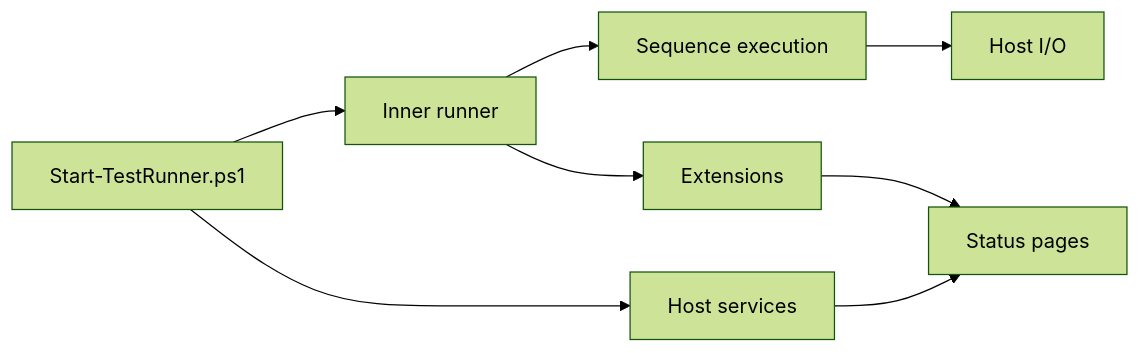
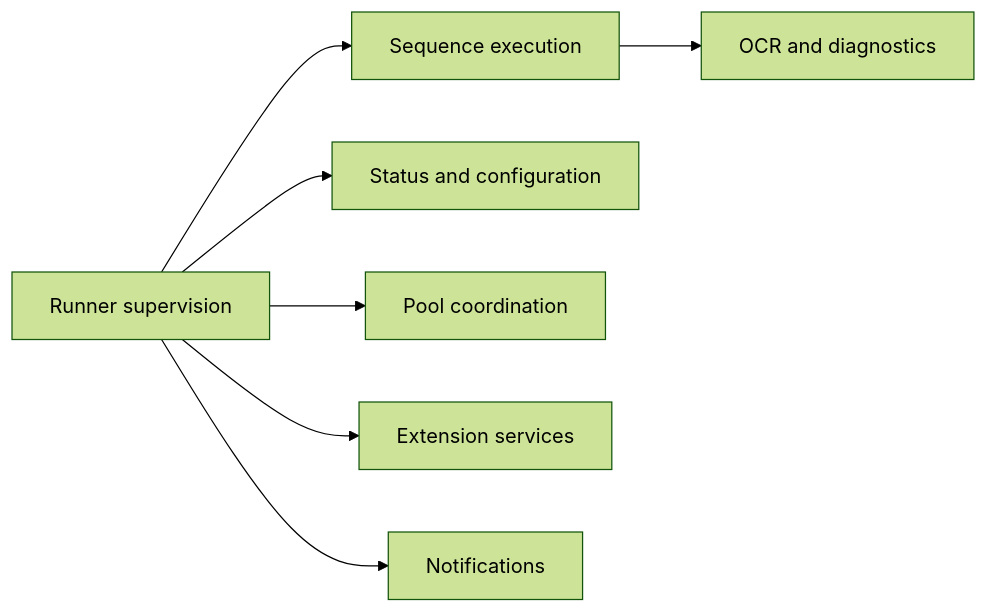
The third of 7 diagrams in docs/design/02-component-breakdown.md (alissonsol/yuruna), drawn with Mermaid (forest theme) before and after one commit. The commit also changed other lines of this file and 1383 other files, not shown here.

````diff
--- a/docs/design/02-component-breakdown.md
+++ b/docs/design/02-component-breakdown.md
@@ -84,17 +85,16 @@
 ```mermaid
 flowchart LR
-    start-test-runner["Start-TestRunner.ps1"]
-    invoke-test-runner-inner-loop["Inner runner"]
-    test-sequence-runner["Sequence execution"]
-    test-host-io["Host I/O"]
-    test-service["Host services"]
-    test-extension["Extensions"]
-    test-status["Status pages"]
-    start-test-runner --> invoke-test-runner-inner-loop
-    start-test-runner --> test-service
-    invoke-test-runner-inner-loop --> test-sequence-runner
-    test-sequence-runner --> test-host-io
-    invoke-test-runner-inner-loop --> test-extension
-    test-service --> test-status
-    test-extension --> test-status
+    start-testrunner-ps1["Runner supervision"]
+    test-sequencerunner-psm1["Sequence execution"]
+    test-ocrengine-psm1["OCR and diagnostics"]
+    start-statusservice-ps1["Status and configuration"]
+    test-pool["Pool coordination"]
+    test-extension["Extension services"]
+    test-notify-psm1["Notifications"]
+    start-testrunner-ps1 --> test-sequencerunner-psm1
+    test-sequencerunner-psm1 --> test-ocrengine-psm1
+    start-testrunner-ps1 --> start-statusservice-ps1
+    start-testrunner-ps1 --> test-pool
+    start-testrunner-ps1 --> test-extension
+    start-testrunner-ps1 --> test-notify-psm1
 ```
````
